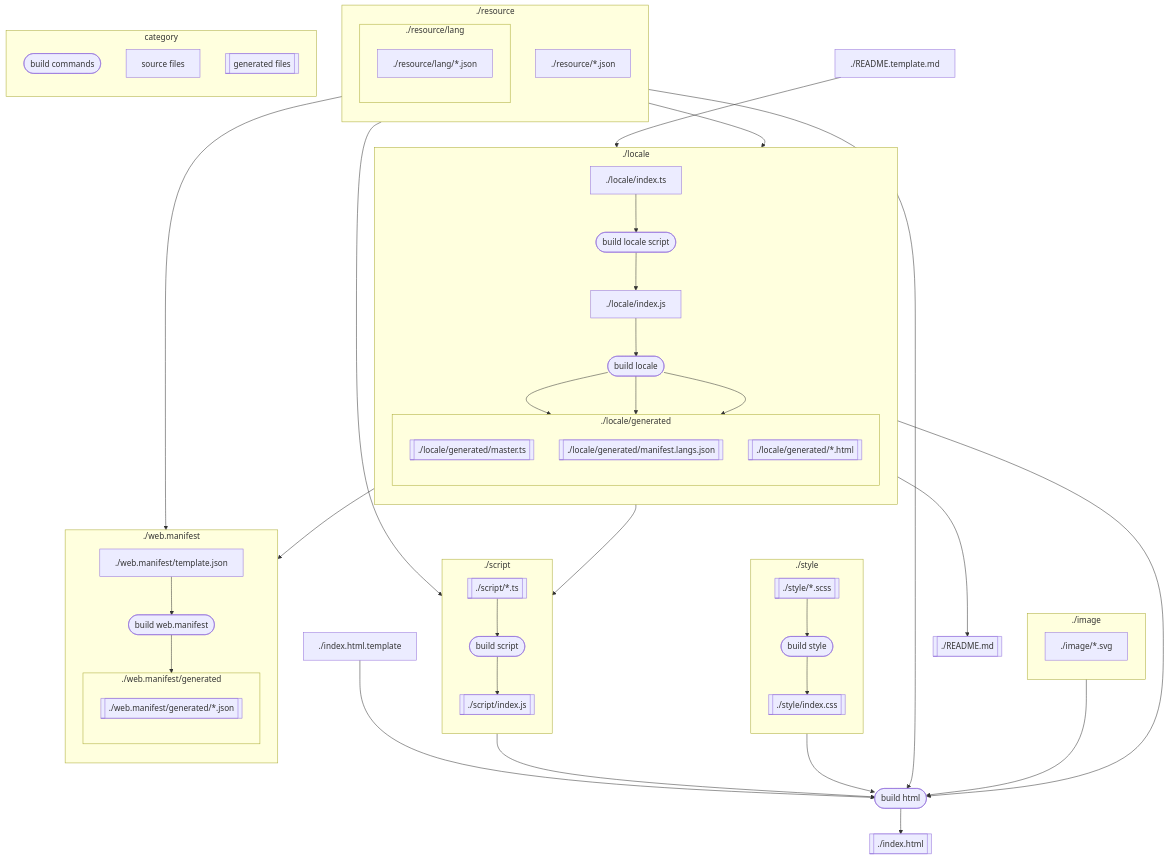
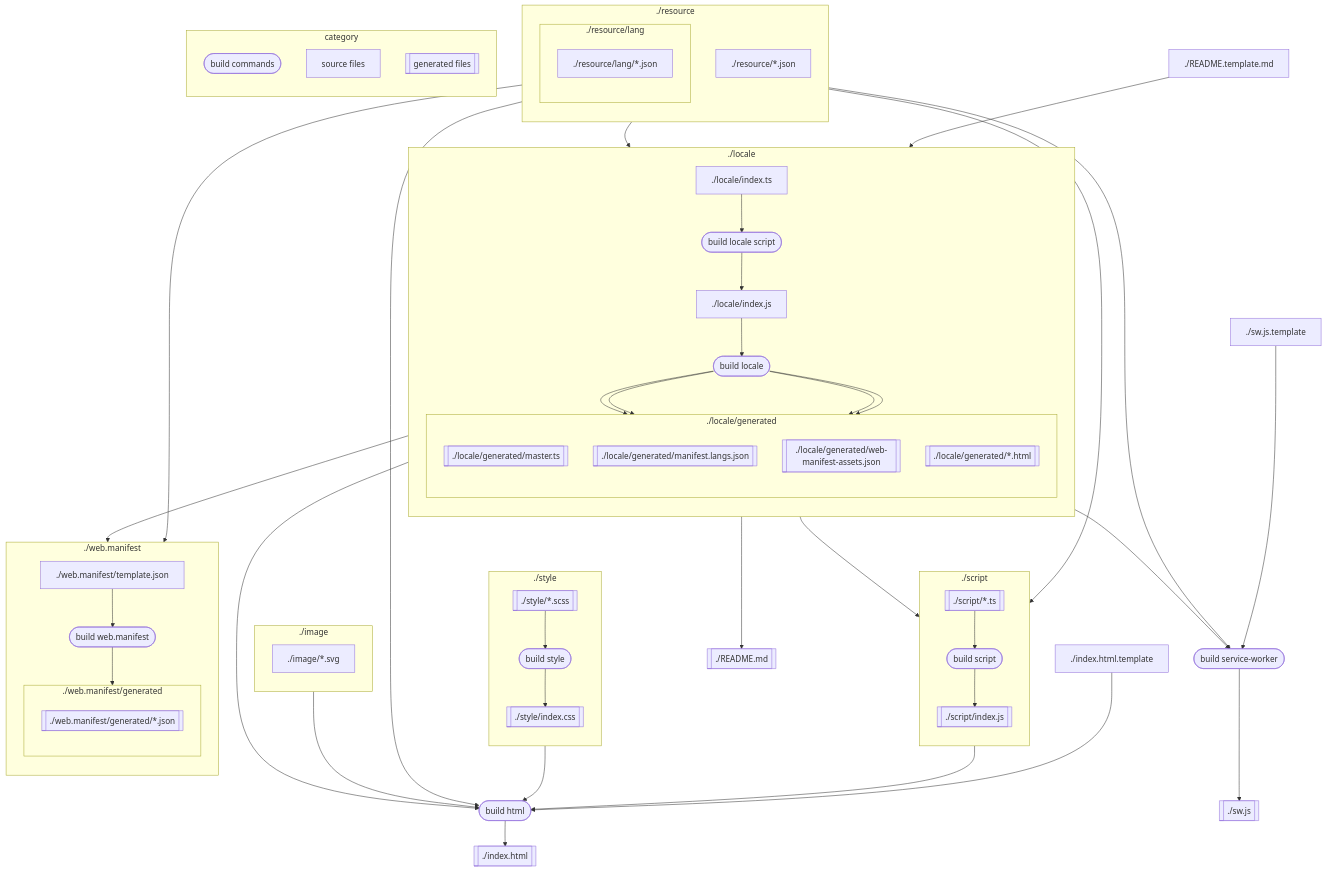
The diagram in README.md (wraith13/web-media-player), drawn with Mermaid before and after one commit. The commit also changed other lines of this file and 31 other files, not shown here.

````diff
--- a/README.md
+++ b/README.md
@@ -71,6 +71,7 @@
             direction TB;
             lmt[[./locale/generated/master.ts]];
             lmls[[./locale/generated/manifest.langs.json]];
+            lwma[[./locale/generated/web-manifest-assets.json]];
             lh[[./locale/generated/*.html]];
         end
         ./locale/index.ts;
@@ -126,6 +127,7 @@
     ./resource/lang/*.json-->bwm([build web.manifest])
     bl([build locale])-->lmt[[./locale/generated/master.ts]];
     bl([build locale])-->lmls[[./locale/generated/manifest.langs.json]];
+    bl([build locale])-->lwma[[./locale/generated/web-manifest-assets.json]];
     bl([build locale])-->lh[[./locale/generated/*.html]];
     sts[[./style/*.scss]]-->bst([build style])-->stc[[./style/index.css]];
     lmt[[./locale/generated/master.ts]]-->bs([build script]);
@@ -141,4 +143,8 @@
     bh([build html])-->ih[[./index.html]];
     ./README.template.md-->bl([build locale]);
     bl([build locale])-->rdm[[./README.md]];
+    ./resource/*.json-->bsw([build service-worker]);
+    lwma[[./locale/generated/web-manifest-assets.json]]-->bsw([build service-worker]);
+    ./sw.js.template-->bsw([build service-worker]);
+    bsw([build service-worker])-->sw[[./sw.js]];
 ```
````
